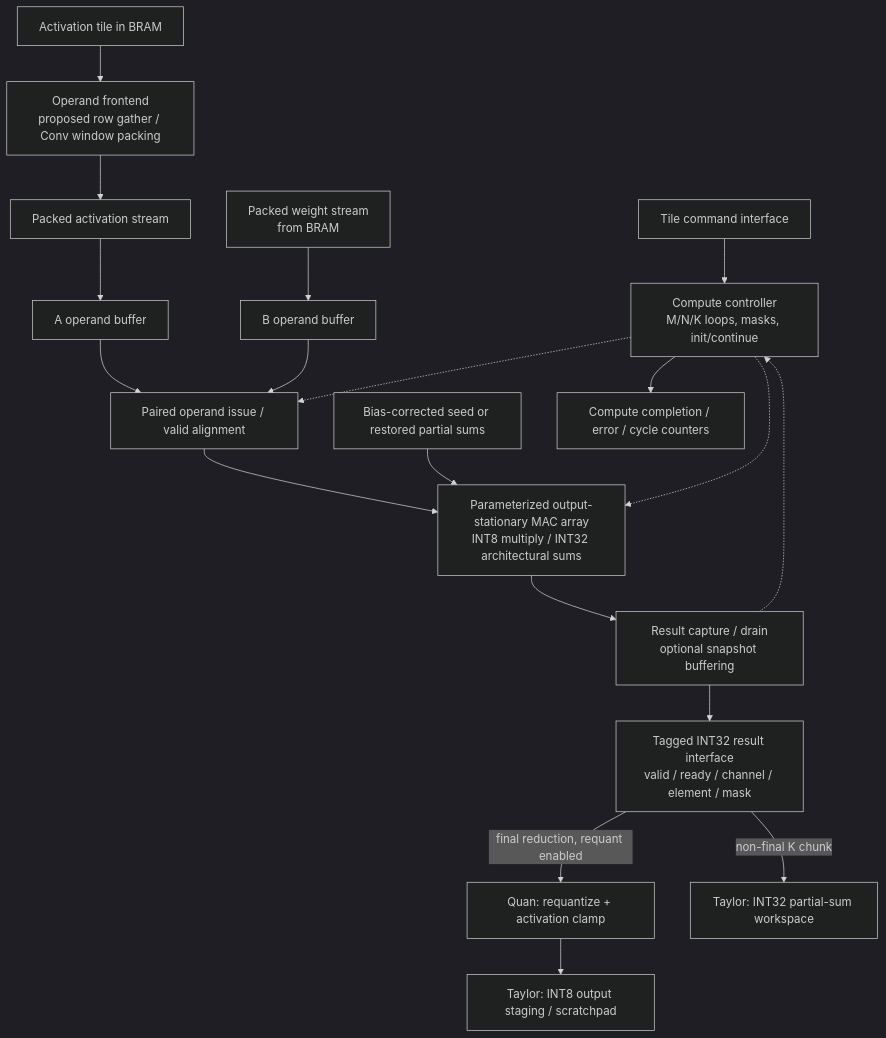
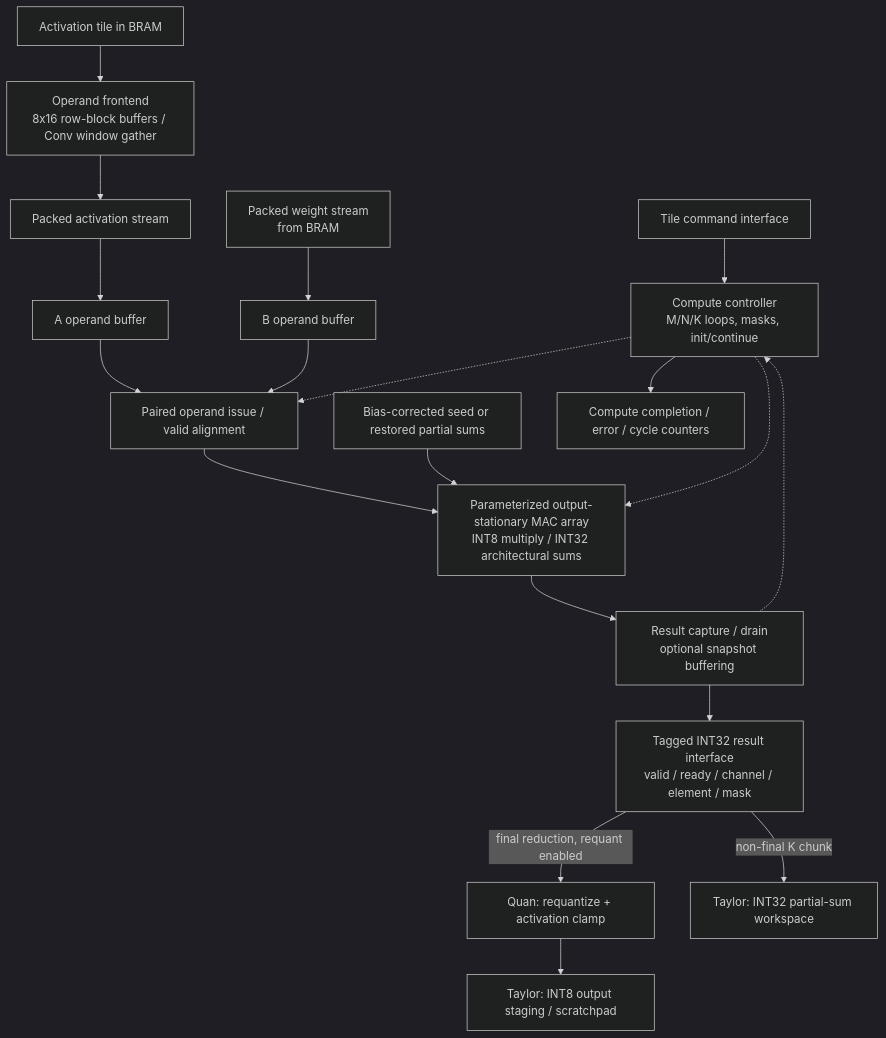
Before and after one commit to michaelgirg/raven: the diagram in docs/NPU_ARCHITECTURE.md, drawn with Mermaid (dark theme). The commit also changed other lines of this file, not shown here.

Commit message:
feat: update NPU compute architecture

````diff
--- a/docs/NPU_ARCHITECTURE.md
+++ b/docs/NPU_ARCHITECTURE.md
@@ -253,21 +257,21 @@
 ```mermaid
 flowchart TB
     CMD["Tile command interface"] --> CTRL["Compute controller<br/>M/N/K loops, masks, init/continue"]
-    AMEM["Activation tile in BRAM"] --> FRONT["Operand frontend<br/>proposed row gather / Conv window packing"]
+    AMEM["Activation tile in BRAM"] --> FRONT["Operand frontend<br/>8x16 row-block buffers / Conv window gather"]
     FRONT --> A["Packed activation stream"]
     A --> AF["A operand buffer"]
     B["Packed weight stream<br/>from BRAM"] --> BF["B operand buffer"]
     AF --> ISSUE["Paired operand issue / valid alignment"]
     BF --> ISSUE
     ISSUE --> MAC["Parameterized output-stationary MAC array<br/>INT8 multiply / INT32 architectural sums"]
     SEED["Bias-corrected seed or restored partial sums"] --> MAC
     CTRL -.-> ISSUE
     CTRL -.-> MAC
     MAC --> RESULT["Result capture / drain<br/>optional snapshot buffering"]
     RESULT --> OUT["Tagged INT32 result interface<br/>valid / ready / channel / element / mask"]
     OUT -->|"final reduction, requant enabled"| TAIL["Quan: requantize + activation clamp"]
     TAIL --> STORE["Taylor: INT8 output staging / scratchpad"]
     OUT -->|"non-final K chunk"| PSUM["Taylor: INT32 partial-sum workspace"]
     RESULT -.-> CTRL
     CTRL --> STATUS["Compute completion / error / cycle counters"]
 ```
````
